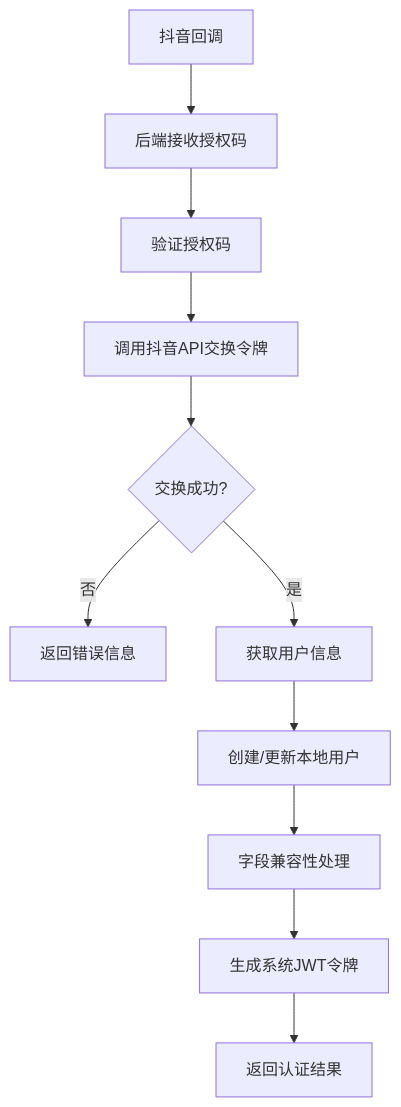
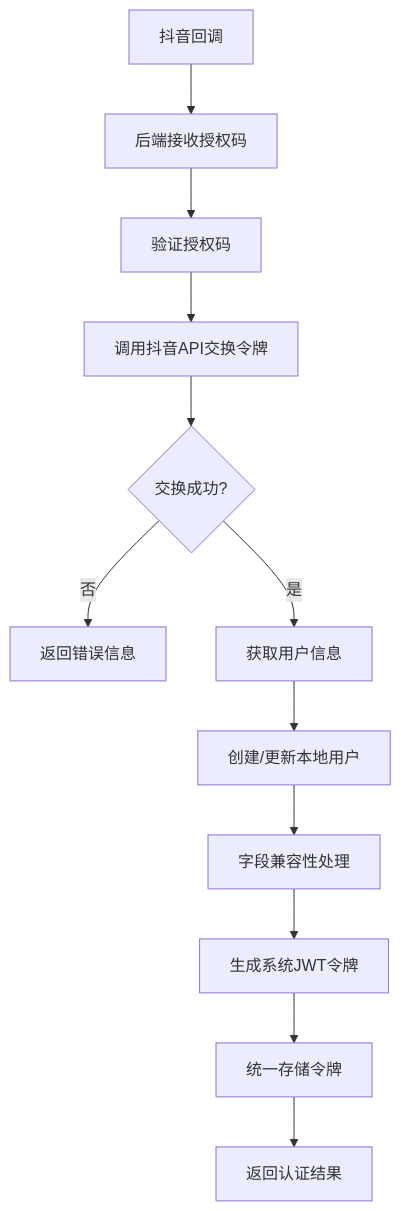
Before and after one commit to songdiyang/clawOperations: diagram 12 of 15 in .qoder/repowiki/zh/content/核心模块详解/认证模块/抖音OAuth集成.md, drawn with Mermaid. The commit also changed other lines of this file and 8 other files, not shown here.

````diff
--- a/.qoder/repowiki/zh/content/核心模块详解/认证模块/抖音OAuth集成.md
+++ b/.qoder/repowiki/zh/content/核心模块详解/认证模块/抖音OAuth集成.md
@@ -473,13 +556,14 @@
 ```mermaid
 flowchart TD
 A[抖音回调] --> B[后端接收授权码]
 B --> C[验证授权码]
 C --> D[调用抖音API交换令牌]
 D --> E{交换成功?}
 E --> |否| F[返回错误信息]
 E --> |是| G[获取用户信息]
 G --> H[创建/更新本地用户]
 H --> I[字段兼容性处理]
 I --> J[生成系统JWT令牌]
-J --> K[返回认证结果]
+J --> K[统一存储令牌]
+K --> L[返回认证结果]
 ```
````
